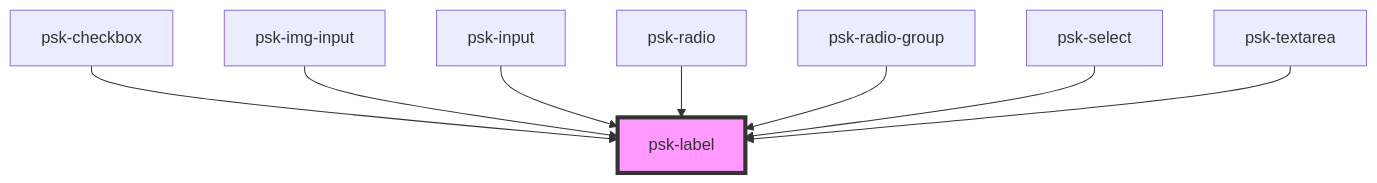
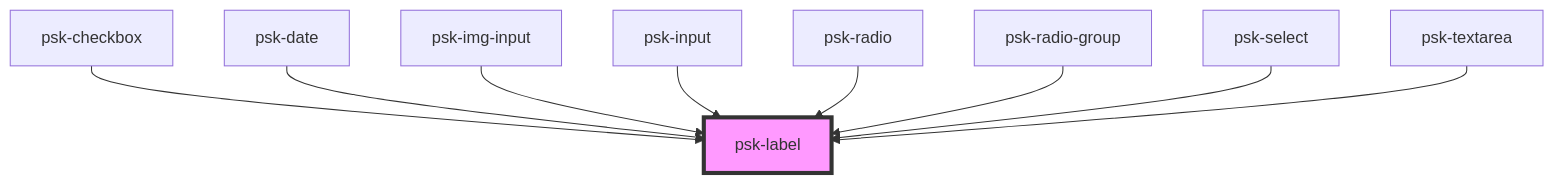
The diagram in src/components/form-components/psk-label/readme.md (daniel-visoiu/cardinal), drawn with Mermaid before and after one commit. The commit also changed other lines of this file and 7 other files, not shown here.

Commit message:
added psk-date component

````diff
--- a/src/components/form-components/psk-label/readme.md
+++ b/src/components/form-components/psk-label/readme.md
@@ -29,11 +30,12 @@
 ```mermaid
 graph TD;
   psk-checkbox --> psk-label
+  psk-date --> psk-label
   psk-img-input --> psk-label
   psk-input --> psk-label
   psk-radio --> psk-label
   psk-radio-group --> psk-label
   psk-select --> psk-label
   psk-textarea --> psk-label
   style psk-label fill:#f9f,stroke:#333,stroke-width:4px
 ```
````
